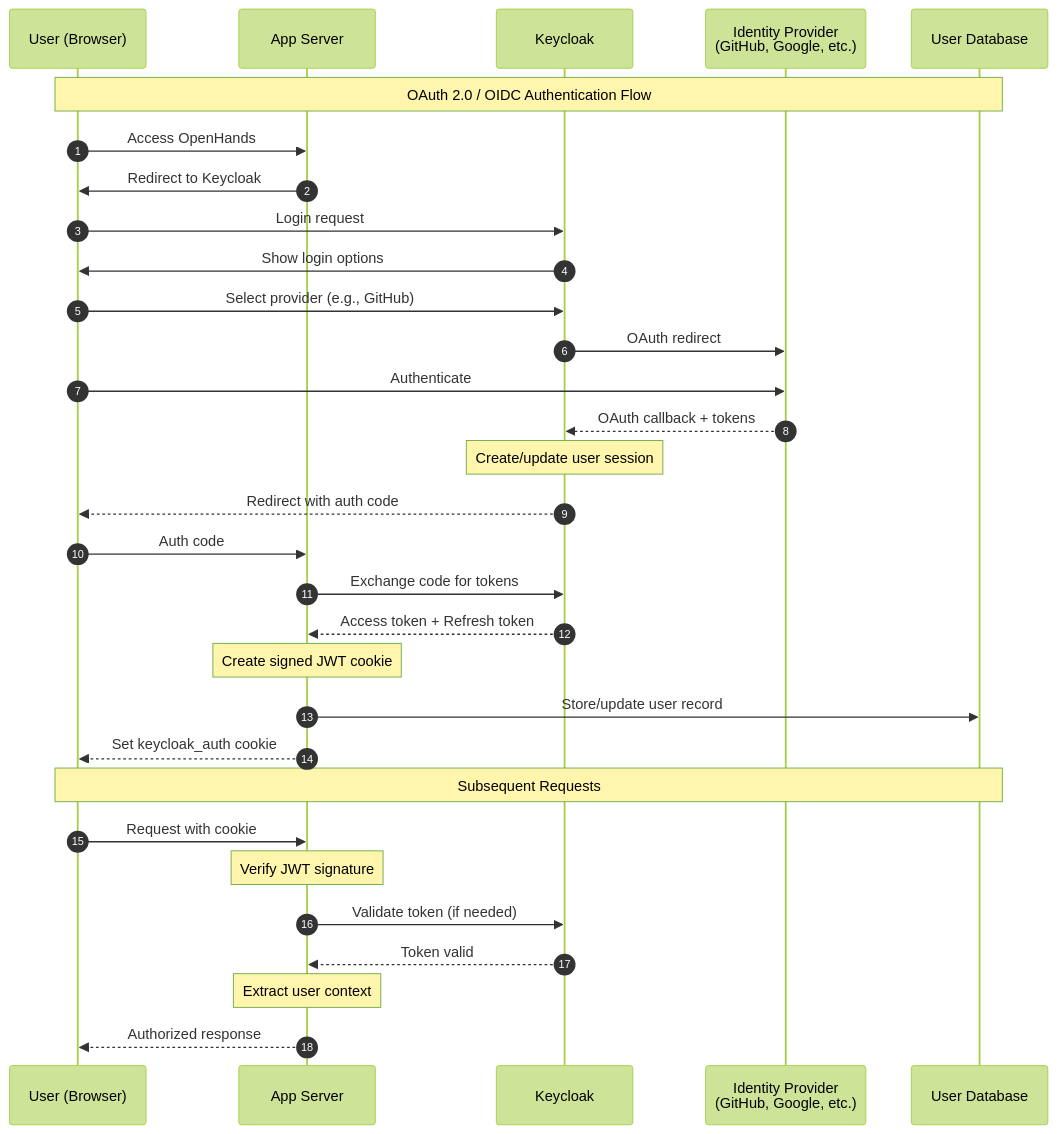
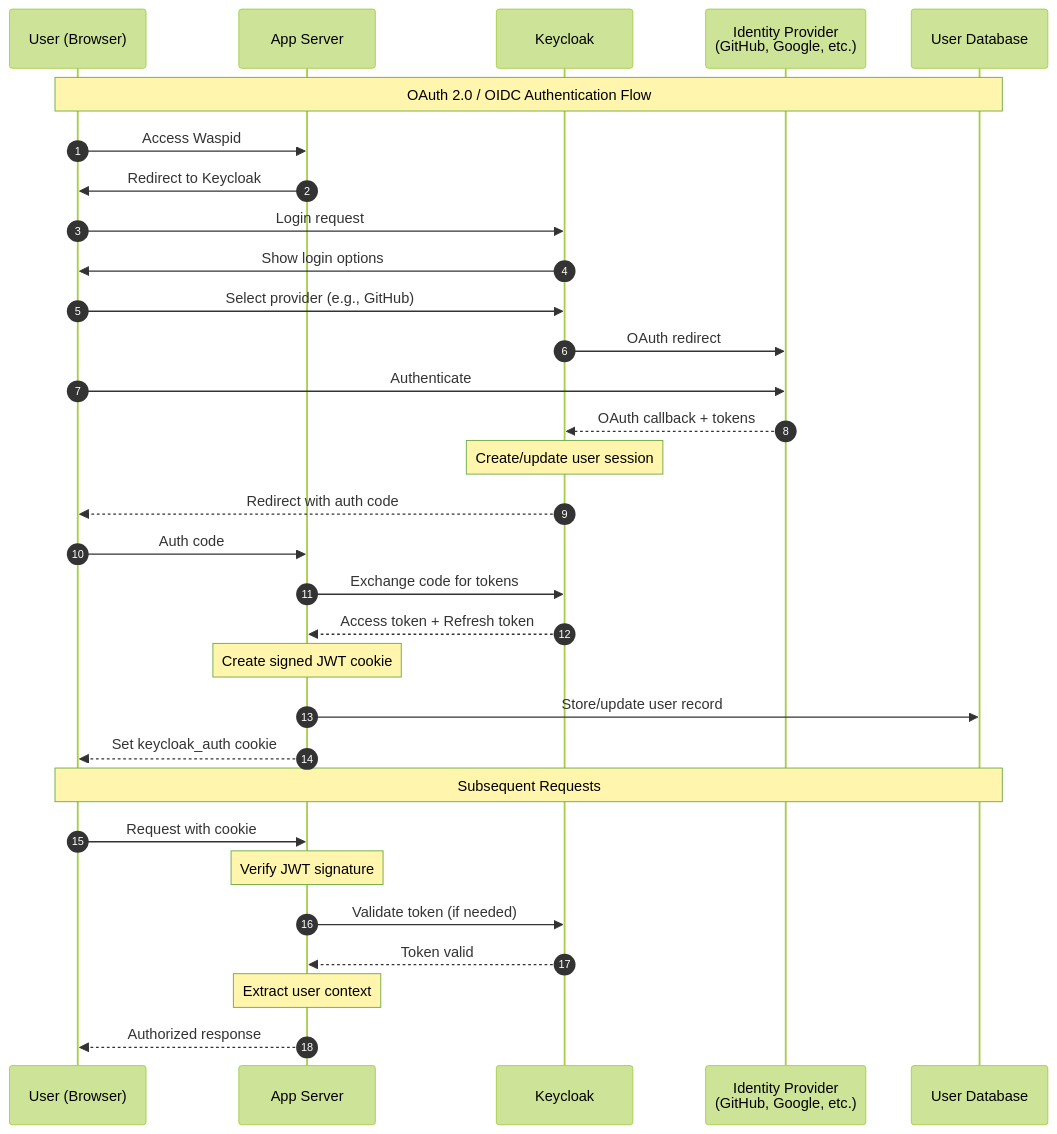
Before and after one commit to DurgaPrashad/waspid-ai: the diagram in enterprise/doc/architecture/authentication.md, drawn with Mermaid (forest theme). The commit also changed other lines of this file and 1078 other files, not shown here.

````diff
--- a/enterprise/doc/architecture/authentication.md
+++ b/enterprise/doc/architecture/authentication.md
@@ -5,37 +5,37 @@
 ```mermaid
 sequenceDiagram
     autonumber
     participant User as User (Browser)
     participant App as App Server
     participant KC as Keycloak
     participant IdP as Identity Provider<br/>(GitHub, Google, etc.)
     participant DB as User Database
 
     Note over User,DB: OAuth 2.0 / OIDC Authentication Flow
 
-    User->>App: Access OpenHands
+    User->>App: Access Waspid
     App->>User: Redirect to Keycloak
     User->>KC: Login request
     KC->>User: Show login options
     User->>KC: Select provider (e.g., GitHub)
     KC->>IdP: OAuth redirect
     User->>IdP: Authenticate
     IdP-->>KC: OAuth callback + tokens
     Note over KC: Create/update user session
     KC-->>User: Redirect with auth code
     User->>App: Auth code
     App->>KC: Exchange code for tokens
     KC-->>App: Access token + Refresh token
     Note over App: Create signed JWT cookie
     App->>DB: Store/update user record
     App-->>User: Set keycloak_auth cookie
 
     Note over User,DB: Subsequent Requests
 
     User->>App: Request with cookie
     Note over App: Verify JWT signature
     App->>KC: Validate token (if needed)
     KC-->>App: Token valid
     Note over App: Extract user context
     App-->>User: Authorized response
 ```
````
